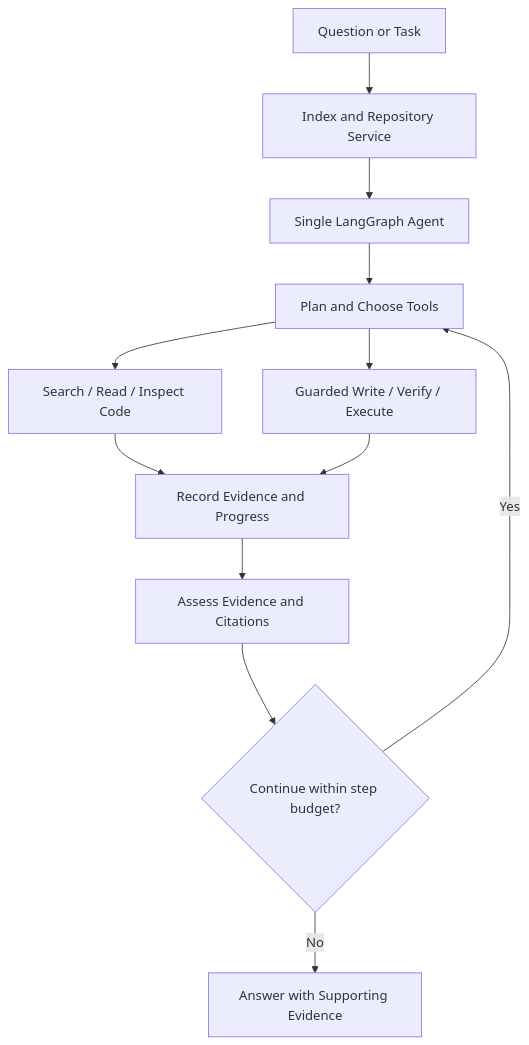
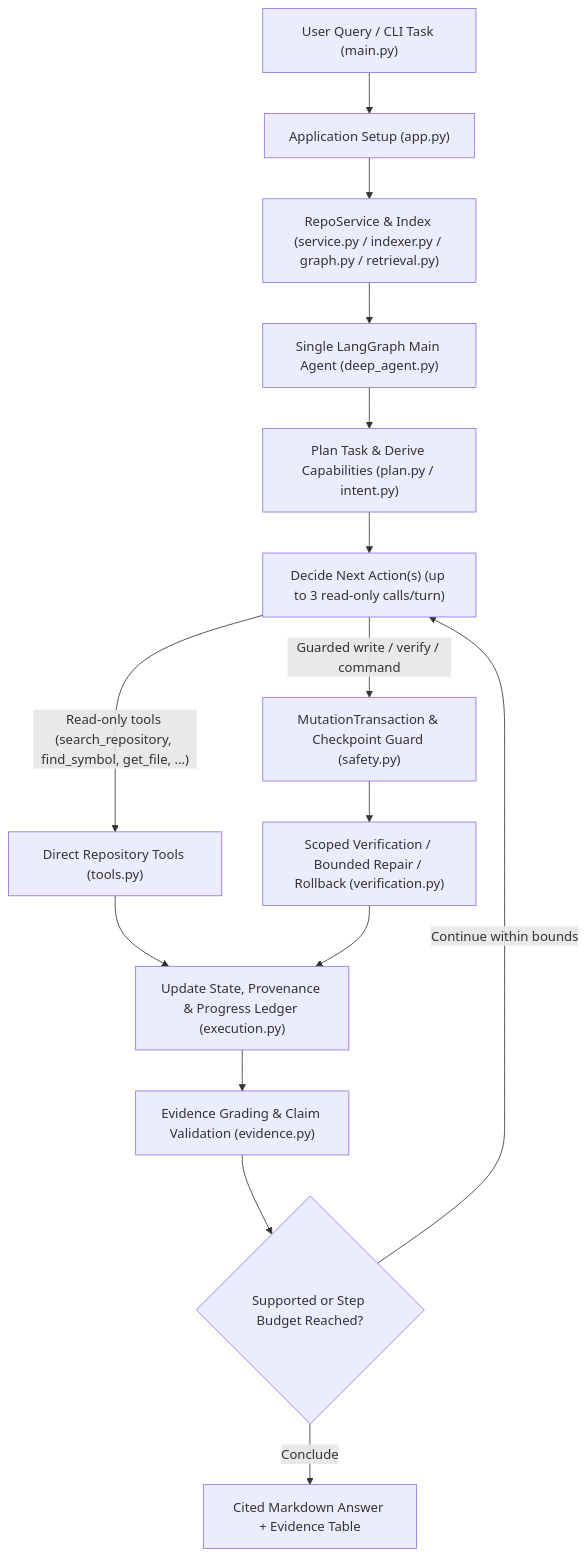
Before and after one commit to Jayesh-2006/agentic-repository-intelligence: the diagram in README.md, drawn with Mermaid. The commit also changed other lines of this file and 7 other files, not shown here.

````diff
--- a/README.md
+++ b/README.md
@@ -41,14 +23,17 @@
-``` mermaid
+```mermaid
 flowchart TD
-    A["Question or Task"] --> B["Index and Repository Service"]
-    B --> C["Single LangGraph Agent"]
-    C --> D["Plan and Choose Tools"]
-    D --> E["Search / Read / Inspect Code"]
-    D --> F["Guarded Write / Verify / Execute"]
-    E --> G["Record Evidence and Progress"]
-    F --> G
-    G --> H["Assess Evidence and Citations"]
-    H --> I{"Continue within step budget?"}
-    I -->|Yes| D
-    I -->|No| J["Answer with Supporting Evidence"]
+    A["User Query / CLI Task (main.py)"] --> B["Application Setup (app.py)"]
+    B --> C["RepoService & Index (service.py / indexer.py / graph.py / retrieval.py)"]
+    C --> D["Single LangGraph Main Agent (deep_agent.py)"]
+    D --> E["Plan Task & Derive Capabilities (plan.py / intent.py)"]
+    E --> F["Decide Next Action(s) (up to 3 read-only calls/turn)"]
+    F -->|"Read-only tools (search_repository, find_symbol, get_file, ...)"| G["Direct Repository Tools (tools.py)"]
+    F -->|"Guarded write / verify / command"| H["MutationTransaction & Checkpoint Guard (safety.py)"]
+    H --> I["Scoped Verification / Bounded Repair / Rollback (verification.py)"]
+    G --> J["Update State, Provenance & Progress Ledger (execution.py)"]
+    I --> J
+    J --> K["Evidence Grading & Claim Validation (evidence.py)"]
+    K --> L{"Supported or Step Budget Reached?"}
+    L -->|"Continue within bounds"| F
+    L -->|"Conclude"| M["Cited Markdown Answer + Evidence Table"]
 ```
````
